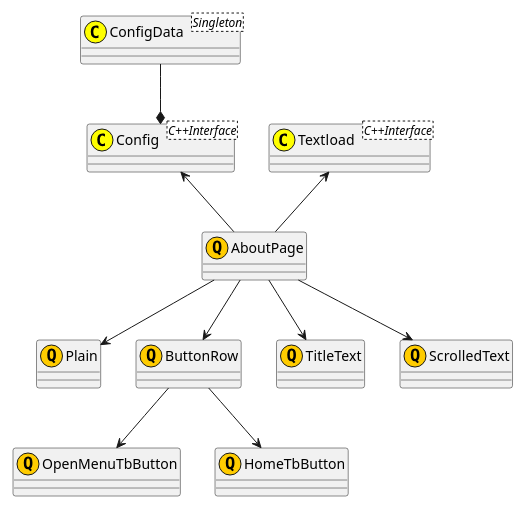
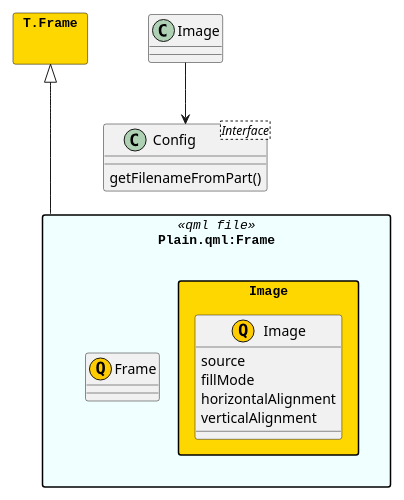
One commit to MARTIMM/HikingCompanion changed the ninth of 10 diagrams in Docs/Design.md. Above: the diagram before and after it, drawn with PlantUML. The commit also changed other lines of this file and 6 other files, not shown here.

````diff
--- a/Docs/Design.md
+++ b/Docs/Design.md
@@ -352,32 +370,41 @@
 ```plantuml
+
 scale 0.8
+allowmixing
+skinparam packageStyle Rectangle
 
-class "ConfigData<Singleton>" as ConfigData << (C,yellow) >>
-class "Config<C++Interface>" as Config << (C,yellow) >>
-
-class Plain << (Q,#ffcc00) >>
-class "Textload<C++Interface>" as Textload << (C,yellow) >>
-class AboutPage << (Q,#ffcc00) >>
-
-class ButtonRow << (Q,#ffcc00) >>
-class OpenMenuTbButton << (Q,#ffcc00) >>
-class HomeTbButton << (Q,#ffcc00) >>
-
-class TitleText << (Q,#ffcc00) >>
-class ScrolledText << (Q,#ffcc00) >>
+skinparam package {
+  BackgroundColor<<qml file>> #f0ffff
+  FontSize 13
+  FontName Courier
+  BorderColor black
+  BackgroundColor gold
+}
 
 
-Config <-- AboutPage
-ConfigData --* Config
+class "Config<Interface>" as Config {
+  getFilenameFromPart()
+}
 
-Textload <-- AboutPage
+package "T.Frame" as TFrame {
+}
 
-AboutPage --> Plain
-AboutPage --> ButtonRow
-AboutPage --> TitleText
-AboutPage --> ScrolledText
+package Plain.qml:Frame as fr <<qml file>> {
 
-ButtonRow --> OpenMenuTbButton
-ButtonRow --> HomeTbButton
+  class Frame << (Q,#ffcc00) >> {
+  }
 
+  package Image {
+    class Image << (Q,#ffcc00) >> {
+      source
+      fillMode
+      horizontalAlignment
+      verticalAlignment
+    }
+  }
+
+}
+
+TFrame <|--- fr
+Image --> Config
 ```
````
